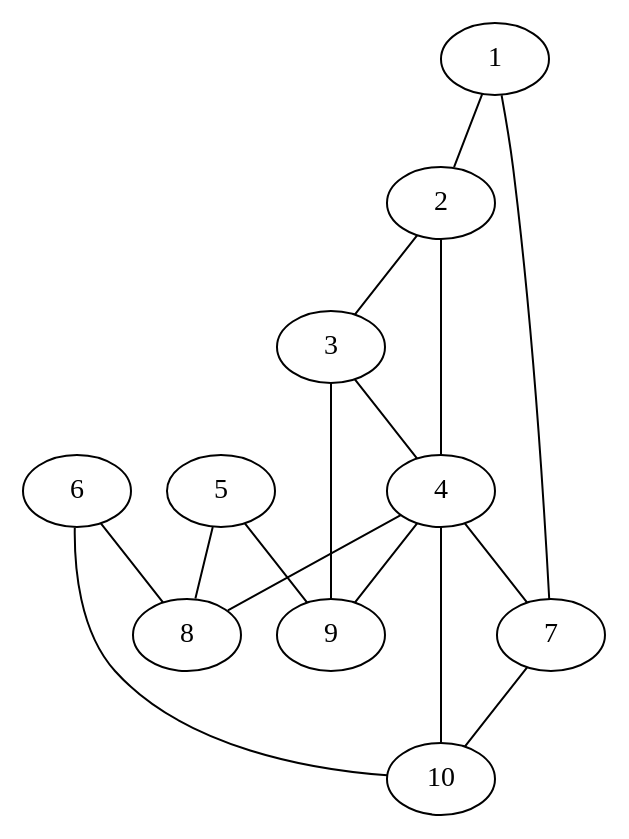
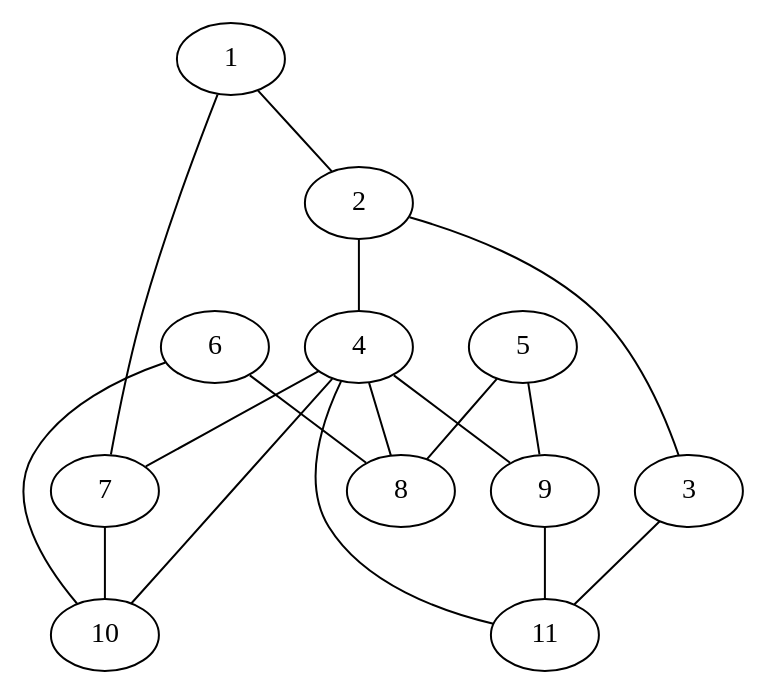
Before and after one commit to ktkachov/Project-report: the diagram in report/graphs/parts.dot, drawn with Graphviz. The commit also changed 8 other files, not shown here.

```diff
--- a/report/graphs/parts.dot
+++ b/report/graphs/parts.dot
@@ -1,18 +1,18 @@
 graph parts {
   1 -- 7
   1 -- 2
   2 -- 3
   2 -- 4
-  3 -- 4
-  3 -- 9
+  3 -- 11
   4 -- 7
   4 -- 10
   4 -- 8
   4 -- 9
+  4 -- 11
   5 -- 8
   5 -- 9
   6 -- 8
   6 -- 10
   7 -- 10
-  
+  9 -- 11
 }
```
